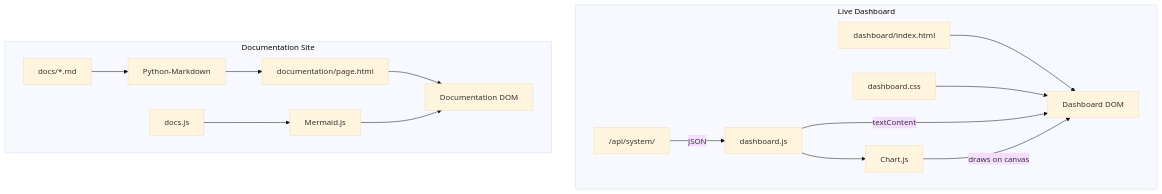
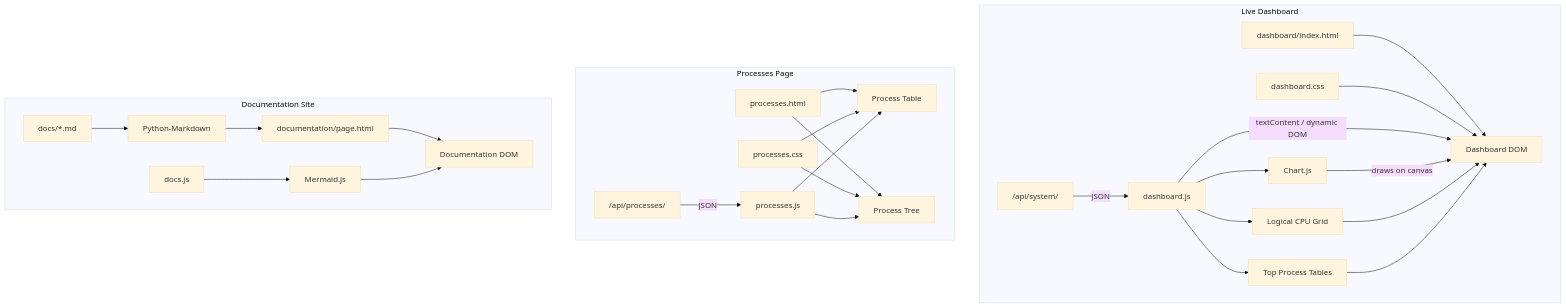
The eighth of 8 diagrams in docs/frontend.md (IronRon/Sys-Monitor), drawn with Mermaid (base theme) before and after one commit. The commit also changed other lines of this file and 16 other files, not shown here.

````diff
--- a/docs/frontend.md
+++ b/docs/frontend.md
@@ -1430,33 +1467,56 @@
 ```mermaid
 flowchart TD
     subgraph Dashboard["Live Dashboard"]
         TEMPLATE["dashboard/index.html"]
         CSS["dashboard.css"]
         JS["dashboard.js"]
         API["/api/system/"]
         CHART["Chart.js"]
+        CORES["Logical CPU Grid"]
+        TABLES["Top Process Tables"]
         DOM["Dashboard DOM"]
 
         TEMPLATE --> DOM
         CSS --> DOM
         API -->|"JSON"| JS
-        JS -->|"textContent"| DOM
+        JS -->|"textContent / dynamic DOM"| DOM
         JS --> CHART
+        JS --> CORES
+        JS --> TABLES
         CHART -->|"draws on canvas"| DOM
+        CORES --> DOM
+        TABLES --> DOM
+    end
+
+    subgraph Processes["Processes Page"]
+        PTEMPLATE["processes.html"]
+        PCSS["processes.css"]
+        PJS["processes.js"]
+        PAPI["/api/processes/"]
+        PTABLE["Process Table"]
+        PTREE["Process Tree"]
+
+        PAPI -->|"JSON"| PJS
+        PTEMPLATE --> PTABLE
+        PTEMPLATE --> PTREE
+        PCSS --> PTABLE
+        PCSS --> PTREE
+        PJS --> PTABLE
+        PJS --> PTREE
     end
 
     subgraph Docs["Documentation Site"]
         MD["docs/*.md"]
         PYMD["Python-Markdown"]
         DOCTEMPLATE["documentation/page.html"]
         DOCJS["docs.js"]
         MERMAID["Mermaid.js"]
         DOCDOM["Documentation DOM"]
 
         MD --> PYMD
         PYMD --> DOCTEMPLATE
         DOCTEMPLATE --> DOCDOM
         DOCJS --> MERMAID
         MERMAID --> DOCDOM
     end
 ```
````
